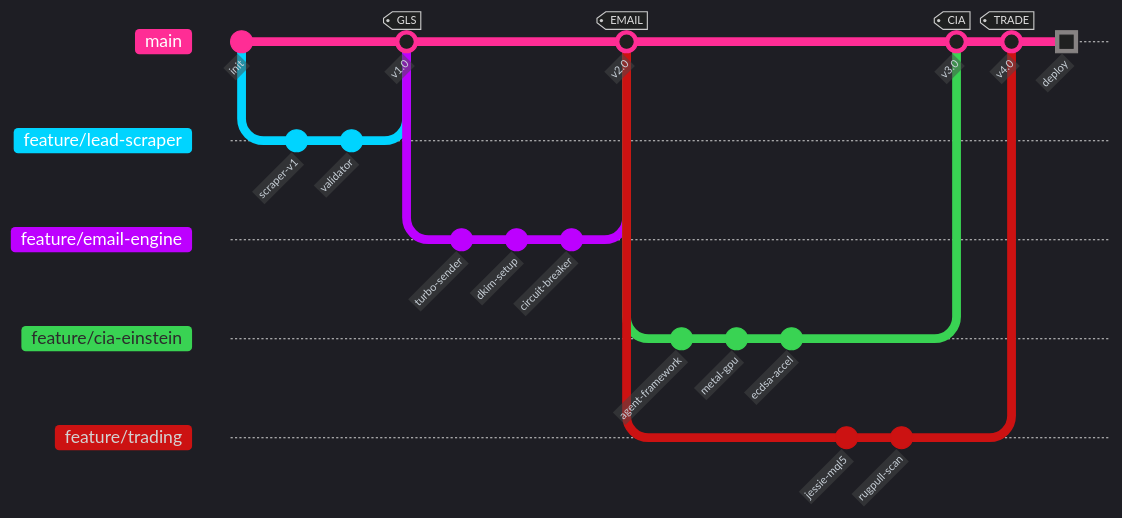
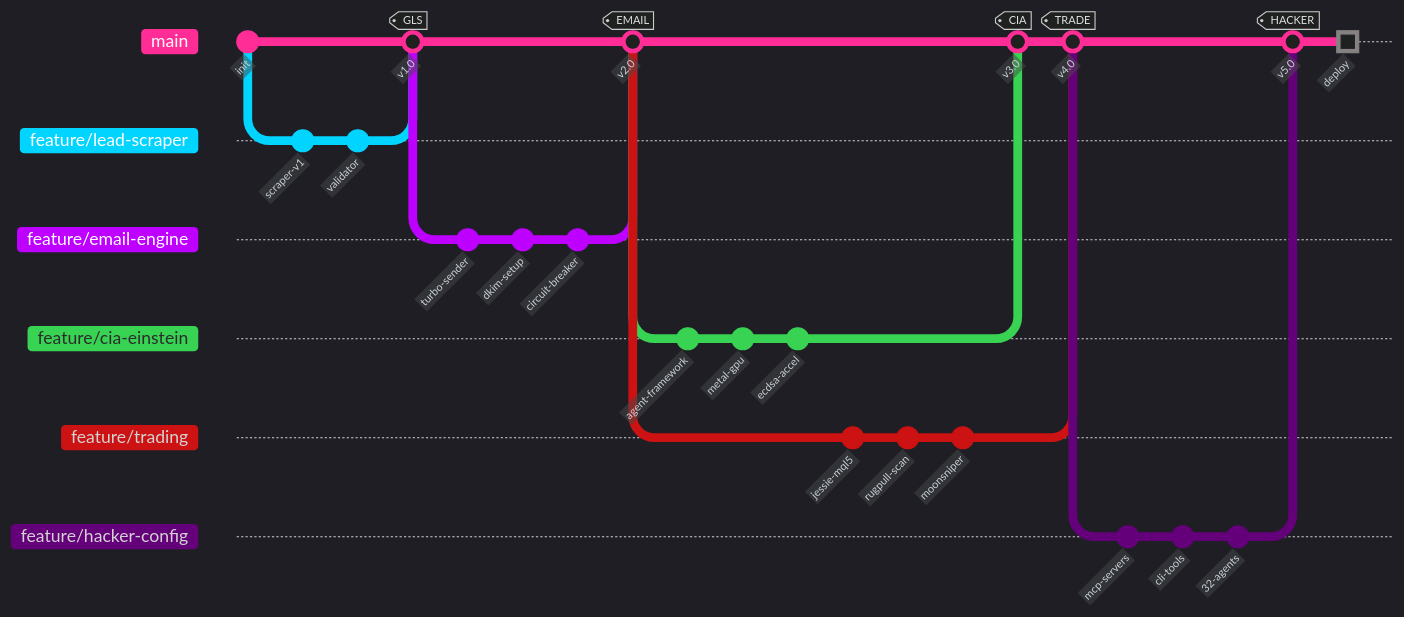
Before and after one commit to MatheusAgueda/MatheusAgueda: diagram 15 of 16 in README.md, drawn with Mermaid. The commit also changed other lines of this file and 8 other files, not shown here.

Commit message:
feat: ultimate README v3 — 3413L, 16 Mermaid, 11 languages, 6 SVGs, chess, blog, activity

````diff
--- a/README.md
+++ b/README.md
@@ -1503,29 +2287,36 @@
 ```mermaid
 %%{init: {'theme': 'dark', 'themeVariables': {'git0': '#FF2D95', 'git1': '#00D4FF', 'git2': '#BD00FF', 'git3': '#39d353', 'gitBranchLabel0': '#ffffff', 'gitBranchLabel1': '#ffffff', 'gitBranchLabel2': '#ffffff', 'commitLabelColor': '#c9d1d9'}}}%%
 
 gitGraph LR:
     commit id: "init"
     branch feature/lead-scraper
     commit id: "scraper-v1"
     commit id: "validator"
     checkout main
     merge feature/lead-scraper id: "v1.0" tag: "GLS"
     branch feature/email-engine
     commit id: "turbo-sender"
     commit id: "dkim-setup"
     commit id: "circuit-breaker"
     checkout main
     merge feature/email-engine id: "v2.0" tag: "EMAIL"
     branch feature/cia-einstein
     commit id: "agent-framework"
     commit id: "metal-gpu"
     commit id: "ecdsa-accel"
     checkout main
     branch feature/trading
     commit id: "jessie-mql5"
     commit id: "rugpull-scan"
+    commit id: "moonsniper"
     checkout main
     merge feature/cia-einstein id: "v3.0" tag: "CIA"
     merge feature/trading id: "v4.0" tag: "TRADE"
+    branch feature/hacker-config
+    commit id: "mcp-servers"
+    commit id: "cli-tools"
+    commit id: "32-agents"
+    checkout main
+    merge feature/hacker-config id: "v5.0" tag: "HACKER"
     commit id: "deploy" type: HIGHLIGHT
 ```
````
